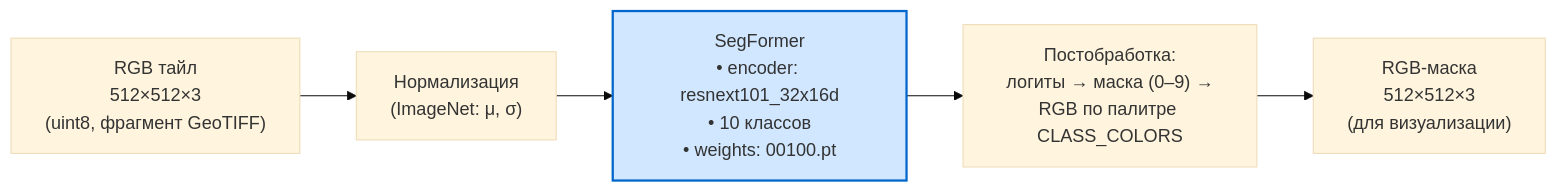
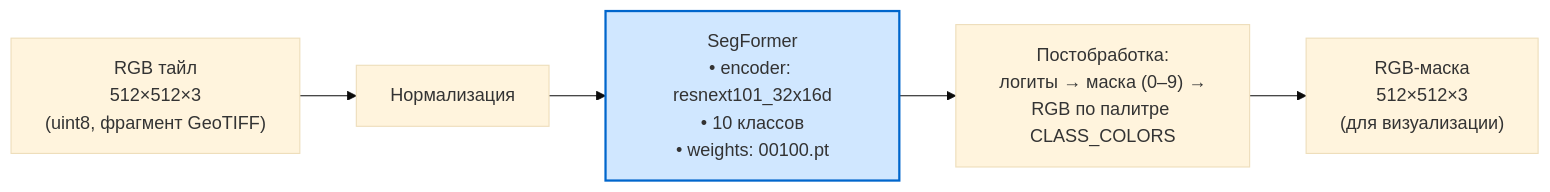
One commit to MaxKolo57/AI_HI_TECH_TSU changed the first of 2 diagrams in README.md. Above: the diagram before and after it, drawn with Mermaid (base theme).

````diff
--- a/README.md
+++ b/README.md
@@ -68,10 +68,10 @@
 ```mermaid
 flowchart LR
-    In["RGB тайл<br/>512×512×3<br/>(uint8, фрагмент GeoTIFF)"] --> Pre["Нормализация<br/>(ImageNet: μ, σ)"]
+    In["RGB тайл<br/>512×512×3<br/>(uint8, фрагмент GeoTIFF)"] --> Pre["Нормализация"]
     Pre --> Model["SegFormer<br/>• encoder: resnext101_32x16d<br/>• 10 классов<br/>• weights: 00100.pt"]
     Model --> Post["Постобработка:<br/>логиты → маска (0–9) →<br/>RGB по палитре CLASS_COLORS"]
     Post --> Out["RGB-маска<br/>512×512×3<br/>(для визуализации)"]
 
     classDef model fill:#d0e7ff,stroke:#0066cc,stroke-width:2px;
     class Model model;
 ```
````
